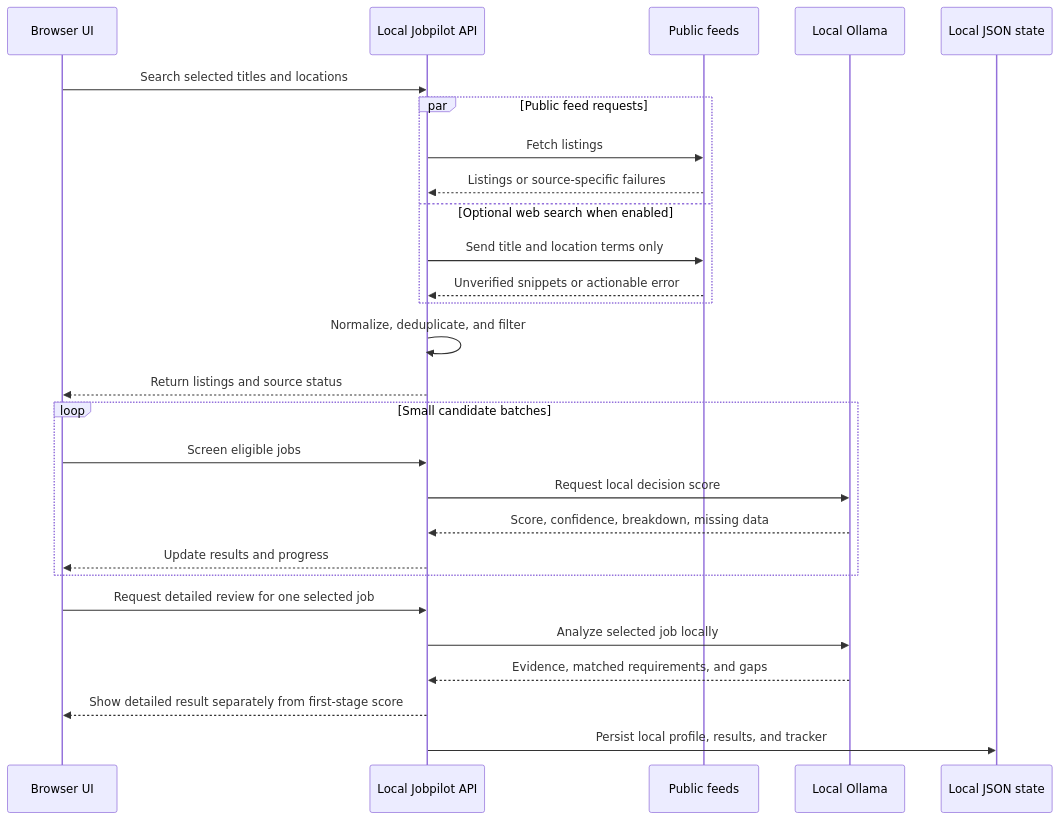
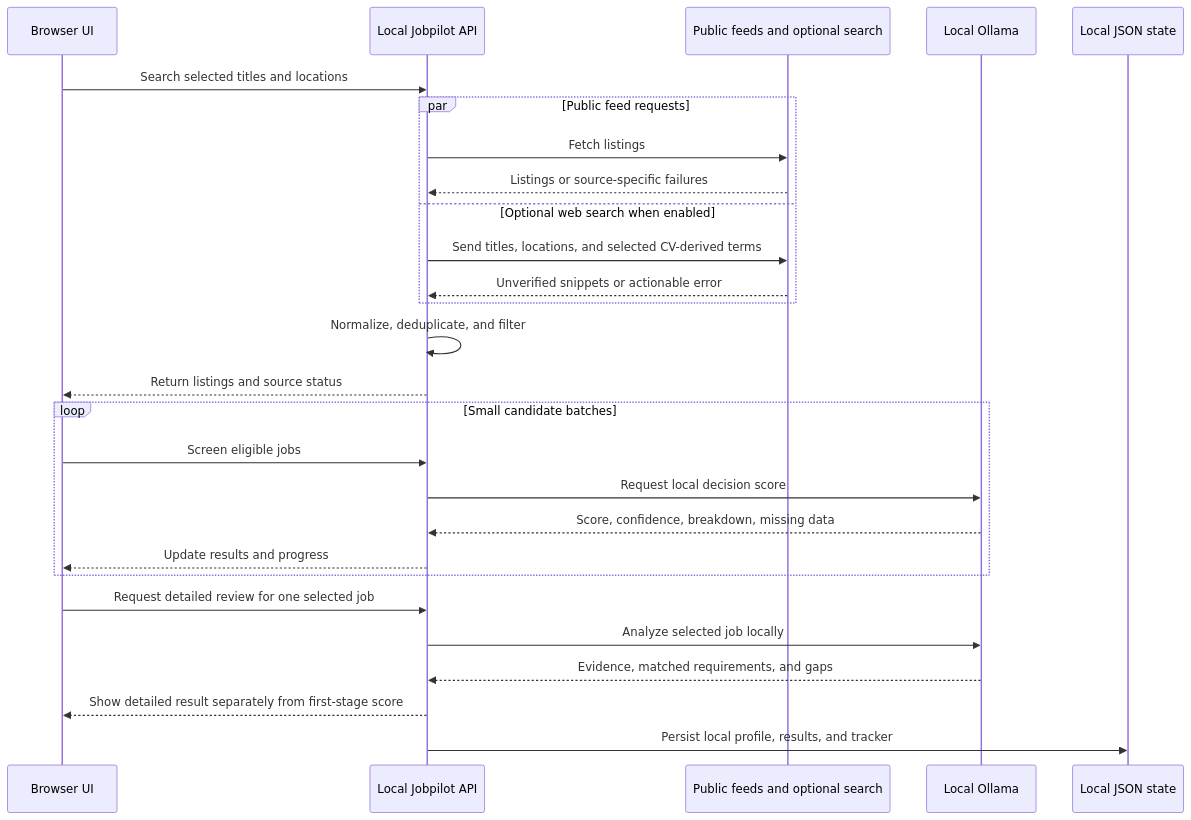
Before and after one commit to sinariazi/jobpilot: the third of 4 diagrams in README.md, drawn with Mermaid. The commit also changed other lines of this file, not shown here.

Commit message:
Document expanded optional web search

````diff
--- a/README.md
+++ b/README.md
@@ -196,30 +198,30 @@
 ```mermaid
 sequenceDiagram
     participant UI as Browser UI
     participant App as Local Jobpilot API
-    participant Sources as Public feeds
+    participant Sources as Public feeds and optional search
     participant AI as Local Ollama
     participant State as Local JSON state
 
     UI->>App: Search selected titles and locations
     par Public feed requests
         App->>Sources: Fetch listings
         Sources-->>App: Listings or source-specific failures
     and Optional web search when enabled
-        App->>Sources: Send title and location terms only
+        App->>Sources: Send titles, locations, and selected CV-derived terms
         Sources-->>App: Unverified snippets or actionable error
     end
     App->>App: Normalize, deduplicate, and filter
     App-->>UI: Return listings and source status
     loop Small candidate batches
         UI->>App: Screen eligible jobs
         App->>AI: Request local decision score
         AI-->>App: Score, confidence, breakdown, missing data
         App-->>UI: Update results and progress
     end
     UI->>App: Request detailed review for one selected job
     App->>AI: Analyze selected job locally
     AI-->>App: Evidence, matched requirements, and gaps
     App-->>UI: Show detailed result separately from first-stage score
     App->>State: Persist local profile, results, and tracker
 ```
````
